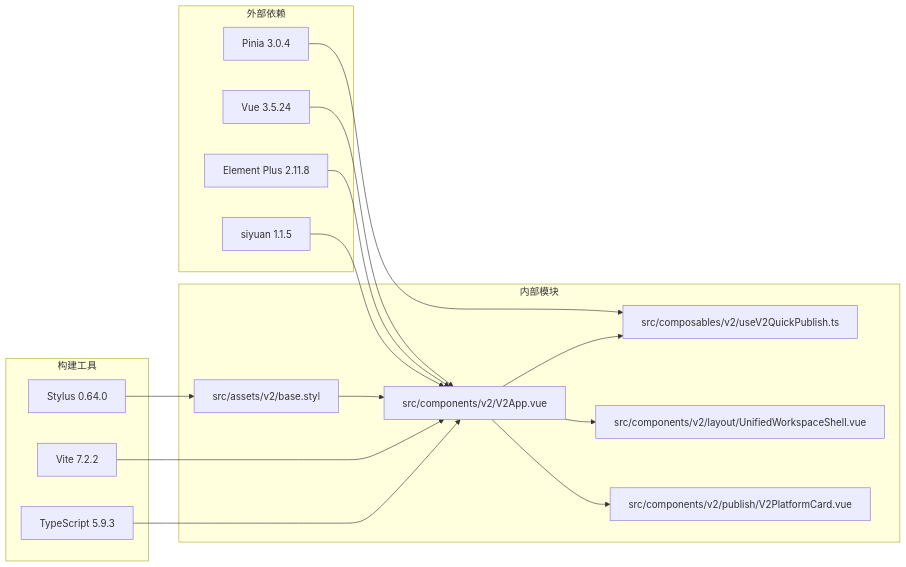
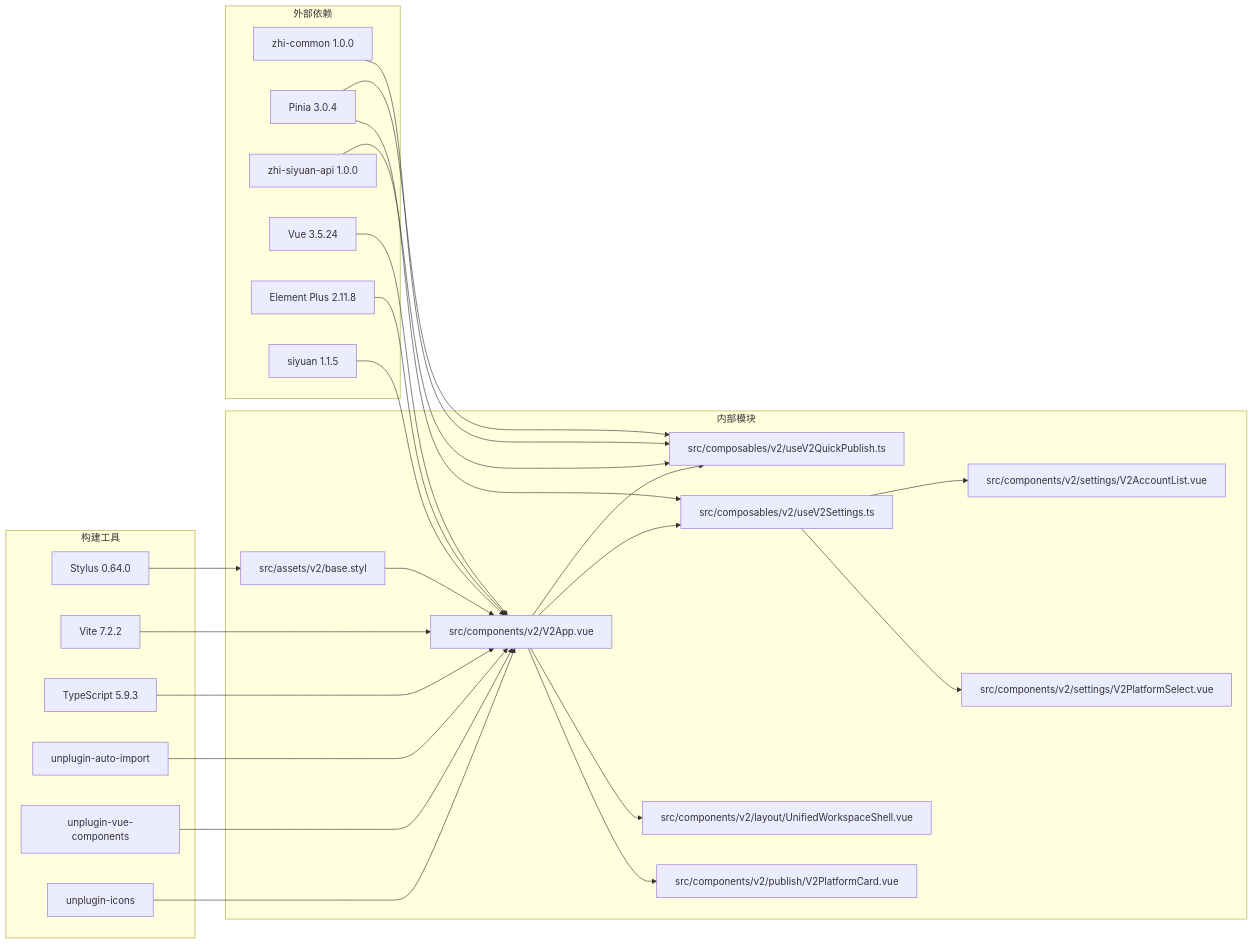
One commit to terwer/siyuan-plugin-publisher changed the fifth of 5 diagrams in .qoder/repowiki/zh/content/用户界面组件/UI V2 里程碑进度.md. Above: the diagram before and after it, drawn with Mermaid. The commit also changed other lines of this file and 16 other files, not shown here.

````diff
--- a/.qoder/repowiki/zh/content/用户界面组件/UI V2 里程碑进度.md
+++ b/.qoder/repowiki/zh/content/用户界面组件/UI V2 里程碑进度.md
@@ -361,32 +449,49 @@
 ```mermaid
 graph LR
 subgraph "外部依赖"
 Vue[Vue 3.5.24]
 Pinia[Pinia 3.0.4]
 ElementPlus[Element Plus 2.11.8]
 Siyuan[siyuan 1.1.5]
+ZhiLib[zhi-common 1.0.0]
+ZhiSiyuan[zhi-siyuan-api 1.0.0]
 end
 subgraph "内部模块"
 V2App[src/components/v2/V2App.vue]
 QuickStore[src/composables/v2/useV2QuickPublish.ts]
+SettingsStore[src/composables/v2/useV2Settings.ts]
 Shell[src/components/v2/layout/UnifiedWorkspaceShell.vue]
 Platform[src/components/v2/publish/V2PlatformCard.vue]
+AccountList[src/components/v2/settings/V2AccountList.vue]
+PlatformSelect[src/components/v2/settings/V2PlatformSelect.vue]
 Styles[src/assets/v2/base.styl]
 end
 subgraph "构建工具"
 Vite[Vite 7.2.2]
 TS[TypeScript 5.9.3]
 Stylus[Stylus 0.64.0]
+AutoImport[unplugin-auto-import]
+Components[unplugin-vue-components]
+Icons[unplugin-icons]
 end
 Vue --> V2App
 Pinia --> QuickStore
+Pinia --> SettingsStore
 ElementPlus --> V2App
 Siyuan --> V2App
+ZhiLib --> QuickStore
+ZhiSiyuan --> QuickStore
 V2App --> QuickStore
+V2App --> SettingsStore
 V2App --> Shell
 V2App --> Platform
+SettingsStore --> AccountList
+SettingsStore --> PlatformSelect
 Styles --> V2App
 Vite --> V2App
 TS --> V2App
 Stylus --> Styles
+AutoImport --> V2App
+Components --> V2App
+Icons --> V2App
 ```
````
